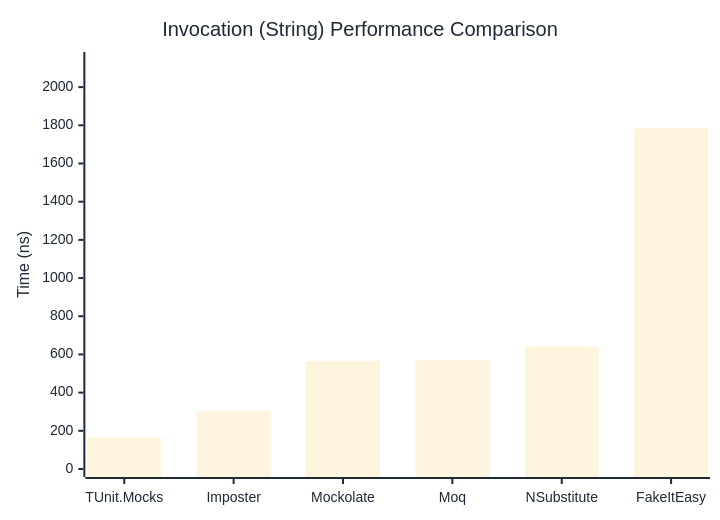
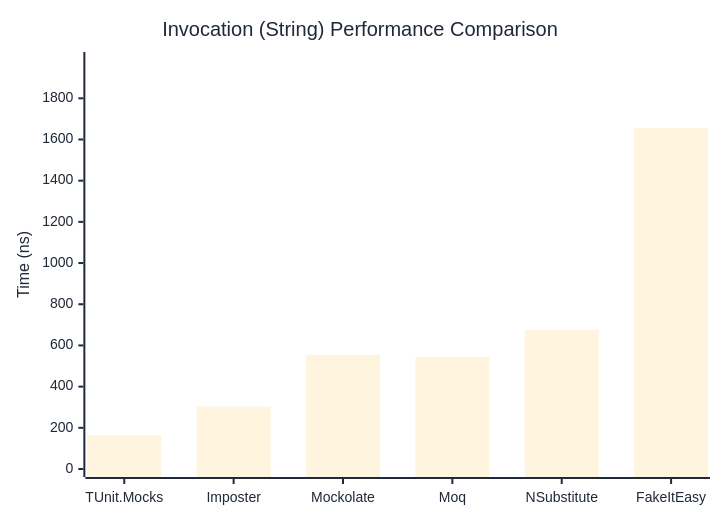
One commit to thomhurst/TUnit changed the second of 3 diagrams in docs/docs/benchmarks/mocks/Invocation.md. Above: the diagram before and after it, drawn with Mermaid. The commit also changed other lines of this file and 14 other files, not shown here.

````diff
--- a/docs/docs/benchmarks/mocks/Invocation.md
+++ b/docs/docs/benchmarks/mocks/Invocation.md
@@ -69,27 +69,27 @@
 ```mermaid
 %%{init: {
   'theme':'base',
   'themeVariables': {
     'primaryColor': '#2563eb',
     'primaryTextColor': '#1f2937',
     'primaryBorderColor': '#1e40af',
     'lineColor': '#6b7280',
     'secondaryColor': '#7c3aed',
     'tertiaryColor': '#dc2626',
     'background': '#ffffff',
     'pie1': '#2563eb',
     'pie2': '#7c3aed',
     'pie3': '#dc2626',
     'pie4': '#f59e0b',
     'pie5': '#10b981',
     'pie6': '#06b6d4',
     'pie7': '#ec4899',
     'pie8': '#6366f1'
   }
 }}%%
 xychart-beta
   title "Invocation (String) Performance Comparison"
   x-axis ["TUnit.Mocks", "Imposter", "Mockolate", "Moq", "NSubstitute", "FakeItEasy"]
-  y-axis "Time (ns)" 0 --> 2142
-  bar [164.9, 303.3, 566.5, 571, 640.6, 1784.2]
+  y-axis "Time (ns)" 0 --> 1986
+  bar [163.4, 303, 554.2, 543.4, 675.2, 1654.4]
 ```
````
